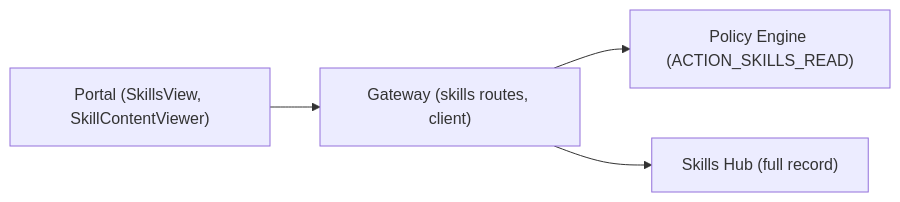
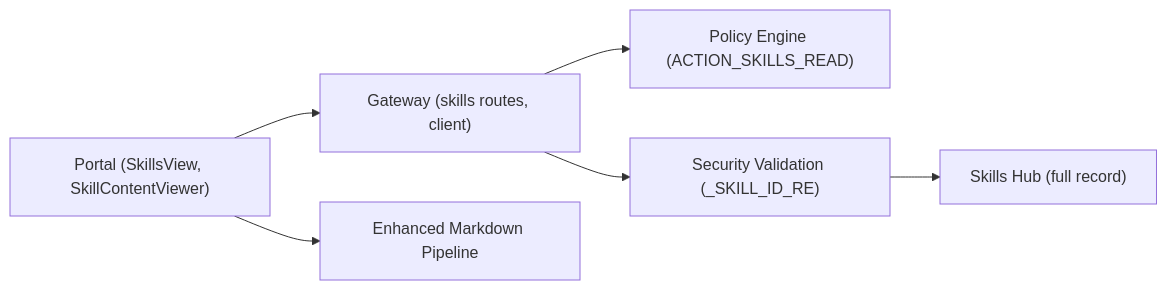
The eighth of 8 diagrams in .qoder/repowiki/en/content/Architecture Documentation/SPEC-052_ Skill Content Viewer.md (metasync/luban-aiops), drawn with Mermaid before and after one commit. The commit also changed other lines of this file and 29 other files, not shown here.

````diff
--- a/.qoder/repowiki/en/content/Architecture Documentation/SPEC-052_ Skill Content Viewer.md
+++ b/.qoder/repowiki/en/content/Architecture Documentation/SPEC-052_ Skill Content Viewer.md
@@ -250,6 +377,8 @@
 ```mermaid
 graph LR
 Portal["Portal (SkillsView, SkillContentViewer)"] --> Gateway["Gateway (skills routes, client)"]
 Gateway --> Policy["Policy Engine (ACTION_SKILLS_READ)"]
-Gateway --> Hub["Skills Hub (full record)"]
+Gateway --> Security["Security Validation (_SKILL_ID_RE)"]
+Security --> Hub["Skills Hub (full record)"]
+Portal --> Markdown["Enhanced Markdown Pipeline"]
 ```
````
